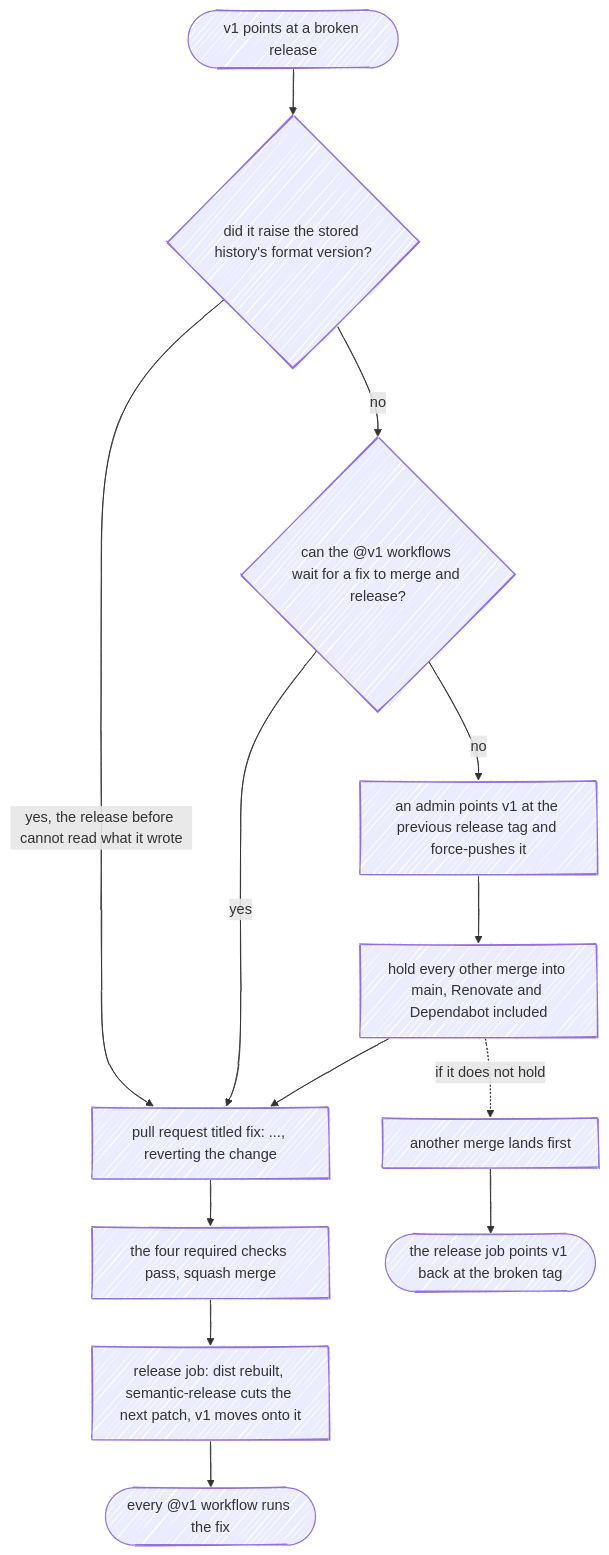
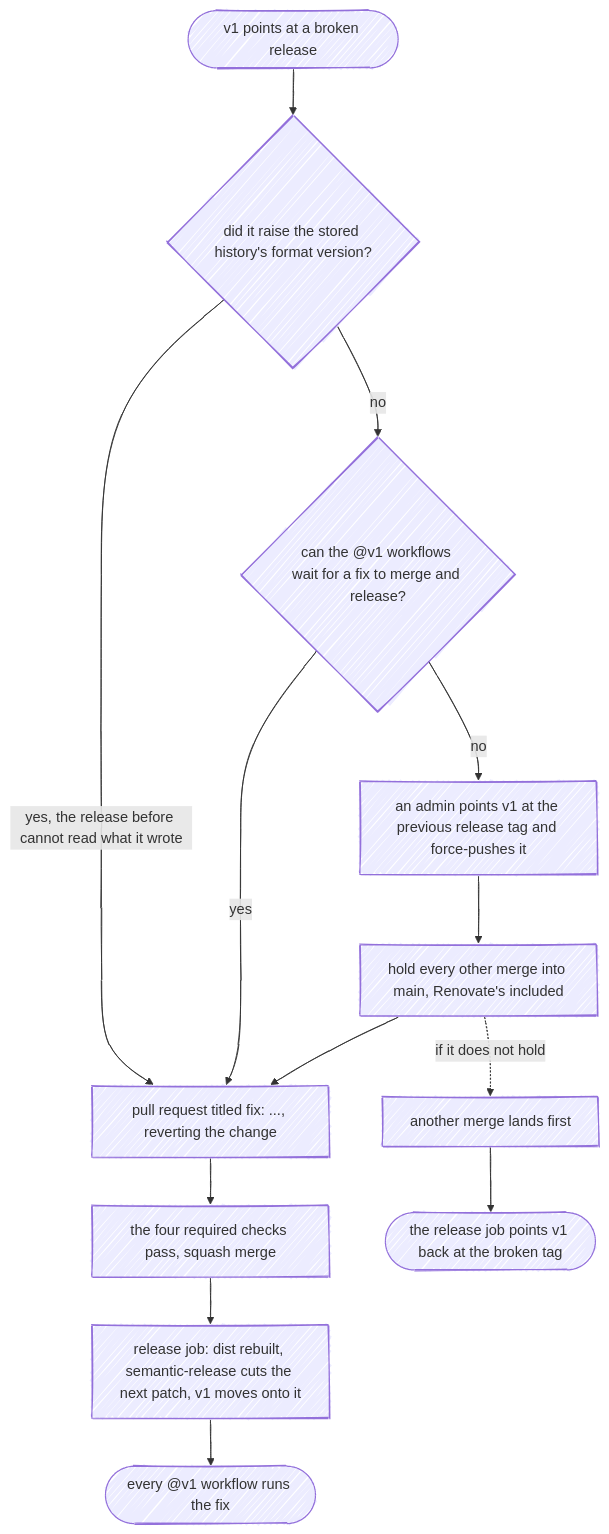
The third of 5 diagrams in docs/wiki/CI-CD.md (fbuireu/github-star-tracker), drawn with Mermaid before and after one commit. The commit also changed other lines of this file and 2 other files, not shown here.

First line of the commit message:
ci: remove the Dependabot auto-merge, now that Dependabot opens no pull requests

````diff
--- a/docs/wiki/CI-CD.md
+++ b/docs/wiki/CI-CD.md
@@ -198,27 +197,27 @@
 ```mermaid
 ---
 config:
   look: handDrawn
   layout: dagre
 ---
 flowchart TD
     broken(["v1 points at a broken release"])
     format{"did it raise the stored history's format version?"}
     urgent{"can the @v1 workflows wait for a fix to merge and release?"}
     manual["an admin points v1 at the previous release tag and force-pushes it"]
-    hold["hold every other merge into main, Renovate and Dependabot included"]
+    hold["hold every other merge into main, Renovate's included"]
     fix["pull request titled fix: ..., reverting the change"]
     merge["the four required checks pass, squash merge"]
     release["release job: dist rebuilt, semantic-release cuts the next patch, v1 moves onto it"]
     other["another merge lands first"]
     repoint(["the release job points v1 back at the broken tag"])
     done(["every @v1 workflow runs the fix"])
 
     broken --> format
     format -->|"yes, the release before cannot read what it wrote"| fix
     format -->|no| urgent
     urgent -->|yes| fix
     urgent -->|no| manual --> hold --> fix
     fix --> merge --> release --> done
     hold -.->|"if it does not hold"| other --> repoint
 ```
````
